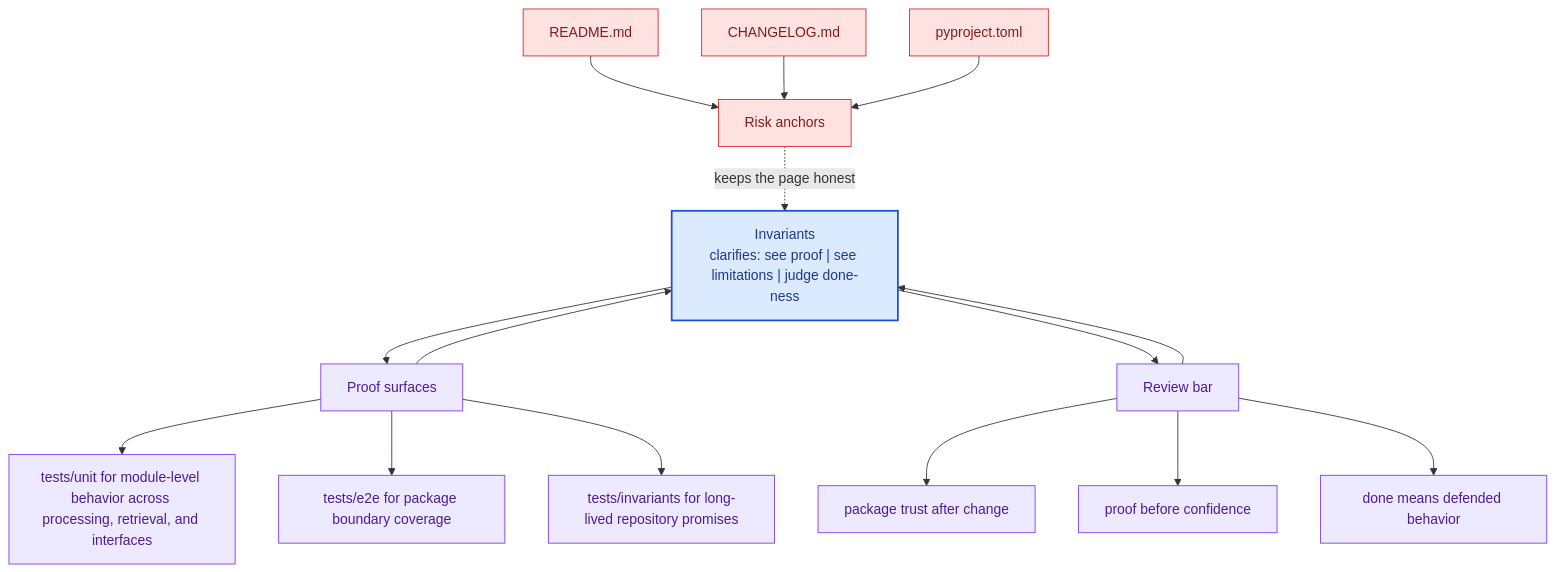
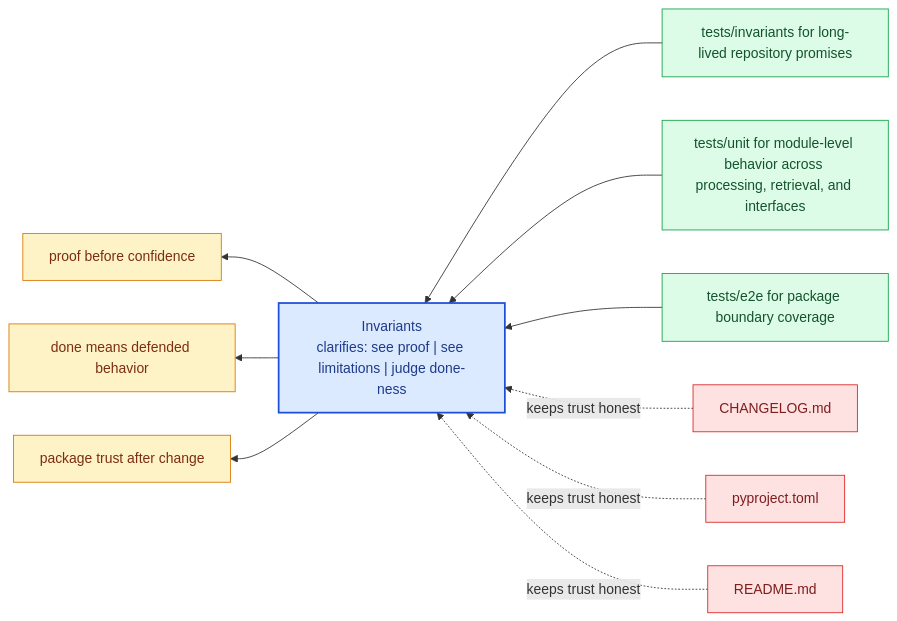
Before and after one commit to bijux/bijux-canon: the diagram in docs/bijux-canon-ingest/quality/invariants.md, drawn with Mermaid. The commit also changed other lines of this file and 281 other files, not shown here.

Commit message:
docs(diagrams): replace repeated mermaid scaffolds with page-specific summaries

````diff
--- a/docs/bijux-canon-ingest/quality/invariants.md
+++ b/docs/bijux-canon-ingest/quality/invariants.md
@@ -67,41 +22,31 @@
 ```mermaid
-flowchart TB
-    promise["Invariants<br/>clarifies: see proof | see limitations | judge done-ness"]
-    classDef promise fill:#dbeafe,stroke:#1d4ed8,color:#1e3a8a,stroke-width:2px;
-    classDef driver fill:#dcfce7,stroke:#16a34a,color:#14532d;
-    classDef constraint fill:#fee2e2,stroke:#dc2626,color:#7f1d1d;
-    classDef ground fill:#ede9fe,stroke:#7c3aed,color:#4c1d95;
-    focus1["Proof surfaces"]
-    focus1 --> promise
-    promise --> focus1
-    focus1_1["tests/unit for module-level behavior across processing, retrieval, and interfaces"]
-    focus1 --> focus1_1
-    focus1_2["tests/e2e for package boundary coverage"]
-    focus1 --> focus1_2
-    focus1_3["tests/invariants for long-lived repository promises"]
-    focus1 --> focus1_3
-    class focus1 ground;
-    class focus1_1,focus1_2,focus1_3 ground;
-    focus2["Risk anchors"]
-    focus2 -.keeps the page honest.-> promise
-    focus2_1["README.md"]
-    focus2_1 --> focus2
-    focus2_2["CHANGELOG.md"]
-    focus2_2 --> focus2
-    focus2_3["pyproject.toml"]
-    focus2_3 --> focus2
-    class focus2 constraint;
-    class focus2_1,focus2_2,focus2_3 constraint;
-    focus3["Review bar"]
-    focus3 --> promise
-    promise --> focus3
-    focus3_1["package trust after change"]
-    focus3 --> focus3_1
-    focus3_2["proof before confidence"]
-    focus3 --> focus3_2
-    focus3_3["done means defended behavior"]
-    focus3 --> focus3_3
-    class focus3 ground;
-    class focus3_1,focus3_2,focus3_3 ground;
-    class promise promise;
+flowchart RL
+    page["Invariants<br/>clarifies: see proof | see limitations | judge done-ness"]
+    classDef page fill:#dbeafe,stroke:#1d4ed8,color:#1e3a8a,stroke-width:2px;
+    classDef positive fill:#dcfce7,stroke:#16a34a,color:#14532d;
+    classDef caution fill:#fee2e2,stroke:#dc2626,color:#7f1d1d;
+    classDef anchor fill:#ede9fe,stroke:#7c3aed,color:#4c1d95;
+    classDef action fill:#fef3c7,stroke:#d97706,color:#7c2d12;
+    proof1["tests/invariants for long-lived repository promises"]
+    proof1 --> page
+    proof2["tests/unit for module-level behavior across processing, retrieval, and interfaces"]
+    proof2 --> page
+    proof3["tests/e2e for package boundary coverage"]
+    proof3 --> page
+    risk1["CHANGELOG.md"]
+    risk1 -.keeps trust honest.-> page
+    risk2["pyproject.toml"]
+    risk2 -.keeps trust honest.-> page
+    risk3["README.md"]
+    risk3 -.keeps trust honest.-> page
+    bar1["proof before confidence"]
+    page --> bar1
+    bar2["done means defended behavior"]
+    page --> bar2
+    bar3["package trust after change"]
+    page --> bar3
+    class page page;
+    class proof1,proof2,proof3 positive;
+    class risk1,risk2,risk3 caution;
+    class bar1,bar2,bar3 action;
 ```
````
